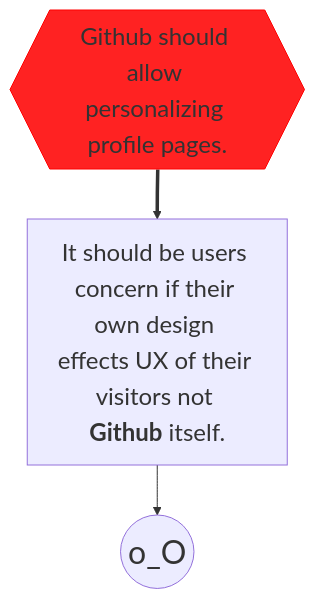
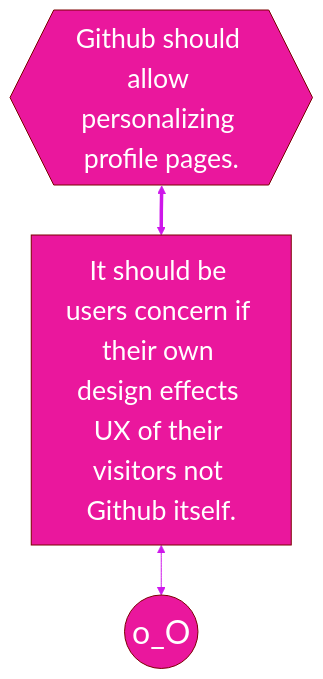
Before and after one commit to oceancholic/oceancholic: the diagram in README.md, drawn with Mermaid.

````diff
--- a/README.md
+++ b/README.md
@@ -2,19 +2,23 @@
 ```mermaid
 %%{
   init: {
     'theme': 'base',
-    'securityLevel' :'loose',
-    'secure' : ["securityLevel"],
+    'themeVariables': {
+      'primaryColor': '#ea179d',
+      'primaryTextColor': '#fff',
+      'primaryBorderColor': '#7C0000',
+      'lineColor': '#ce17ea',
+      'secondaryColor': '#006100',
+      'tertiaryColor': '#fff',
+      'fontSize':'20pt'
     }
   }
 }%%
 
 flowchart TD
   A{{Github should allow personalizing profile pages.}}
-  B["`It should be users concern if their own design effects UX of their visitors not **Github** itself.`"]
+  B[It should be users concern if their own design effects UX of their visitors not Github itself.]
   C(("o_O"))
-  A:::aClass==>B:::bClass-->C:::cClass
+  A<==>B<-->C:::cClass
   classDef cClass font-size:24pt;
-  classDef aClass stroke:#f00,fill:#f22,font-size:18pt;
-  classDef bClass font-size:18pt;
 ```
````
